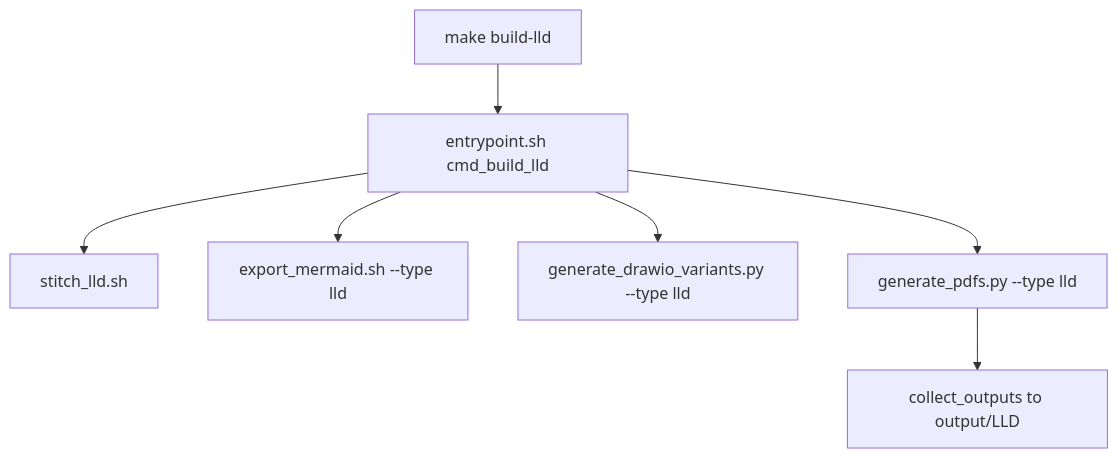
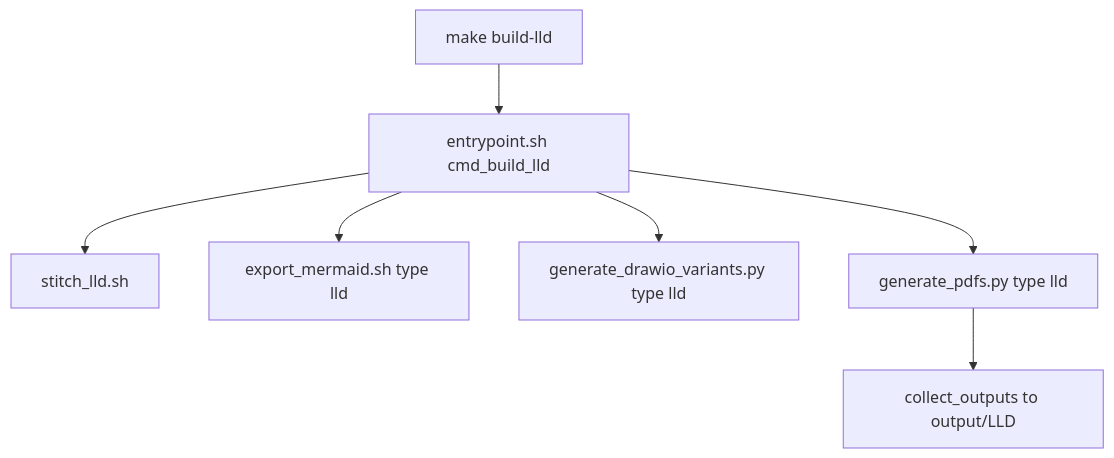
The fourth of 10 diagrams in docs/CODEFLOW.md (stratus-ss/arch-design-doc-generator), drawn with Mermaid before and after one commit. The commit also changed other lines of this file and 13 other files, not shown here.

First line of the commit message:
docs: align Health Check code flow with collect 03–12 and the report engine

````diff
--- a/docs/CODEFLOW.md
+++ b/docs/CODEFLOW.md
@@ -100,9 +102,9 @@
 ```mermaid
 flowchart TD
-    BuildLld[make build-lld] --> BuildLldCmd[entrypoint.sh cmd_build_lld]
-    BuildLldCmd --> StitchLld[stitch_lld.sh]
-    BuildLldCmd --> ExportMermaidLld[export_mermaid.sh --type lld]
-    BuildLldCmd --> DrawioVariantsLld[generate_drawio_variants.py --type lld]
-    BuildLldCmd --> PdfLld[generate_pdfs.py --type lld]
-    PdfLld --> CollectLldOutputs[collect_outputs to output/LLD]
+    BuildLld["make build-lld"] --> BuildLldCmd["entrypoint.sh cmd_build_lld"]
+    BuildLldCmd --> StitchLld["stitch_lld.sh"]
+    BuildLldCmd --> ExportMermaidLld["export_mermaid.sh type lld"]
+    BuildLldCmd --> DrawioVariantsLld["generate_drawio_variants.py type lld"]
+    BuildLldCmd --> PdfLld["generate_pdfs.py type lld"]
+    PdfLld --> CollectLldOutputs["collect_outputs to output/LLD"]
 ```
````
